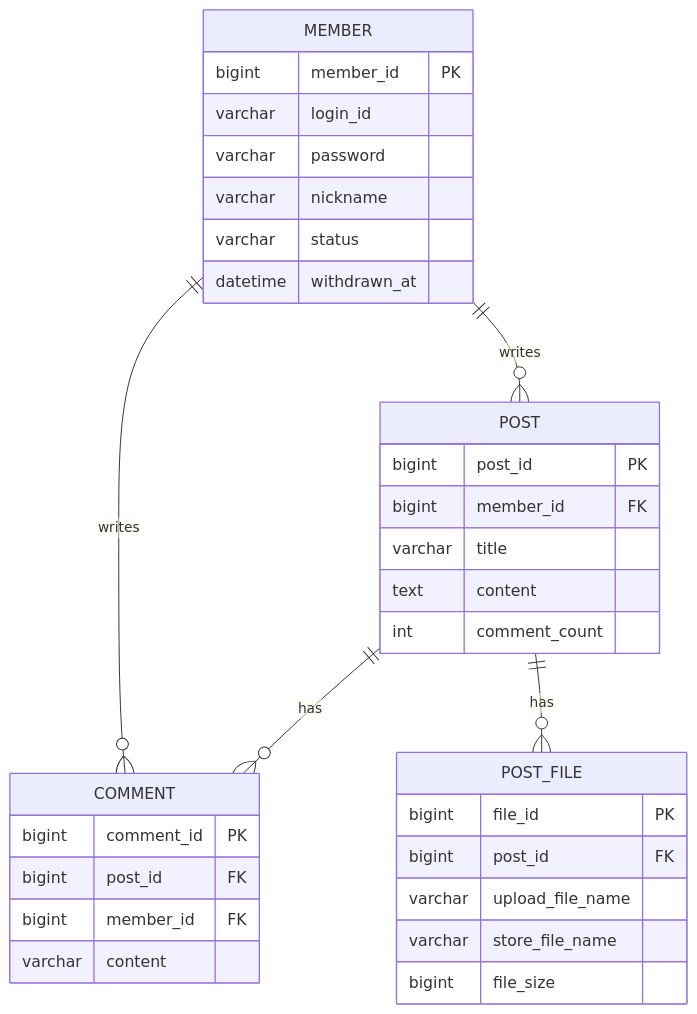
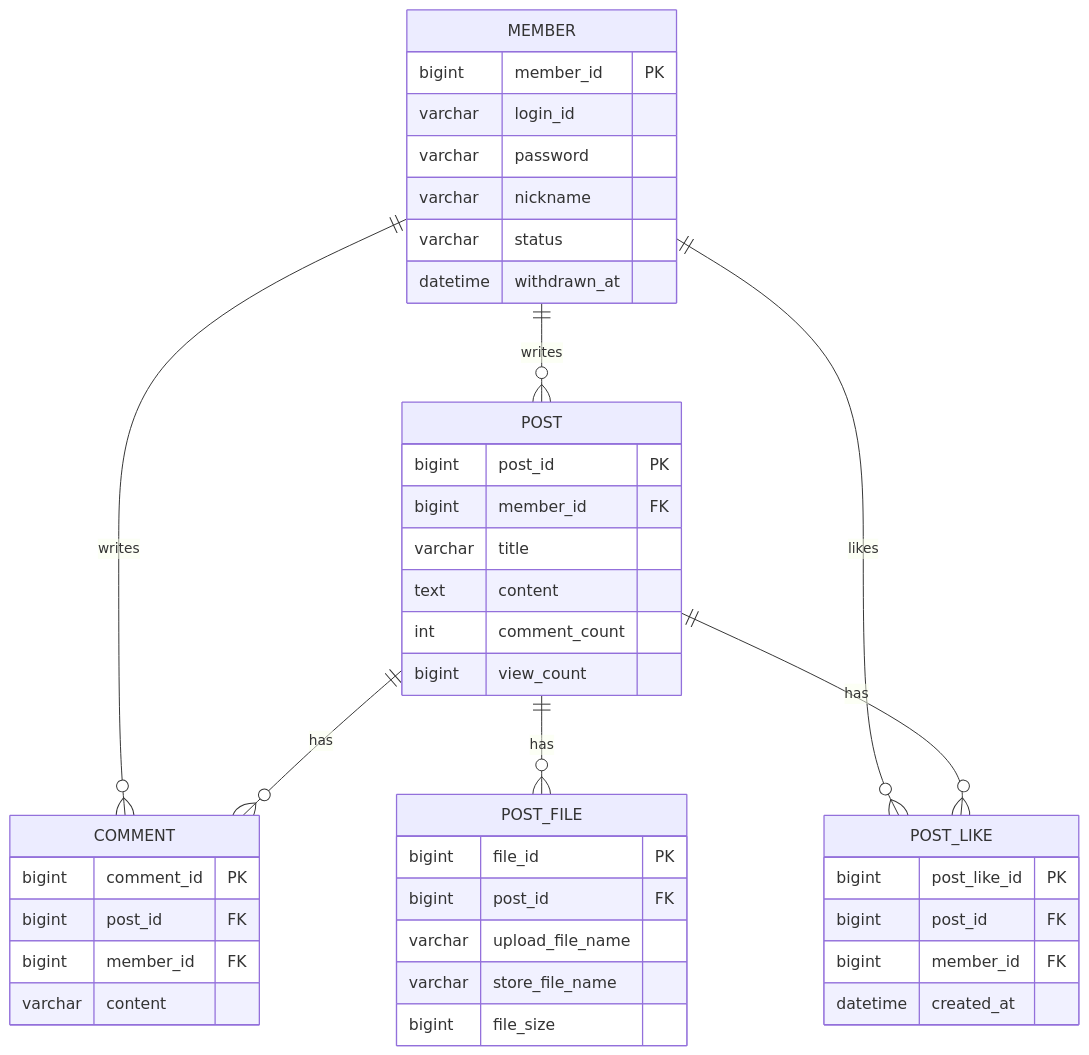
The diagram in README.md (galaxyfog0427/board), drawn with Mermaid before and after one commit. The commit also changed other lines of this file and 42 other files, not shown here.

````diff
--- a/README.md
+++ b/README.md
@@ -25,36 +28,45 @@
 ```mermaid
 erDiagram
     MEMBER ||--o{ POST : writes
     MEMBER ||--o{ COMMENT : writes
     POST ||--o{ COMMENT : has
     POST ||--o{ POST_FILE : has
+    MEMBER ||--o{ POST_LIKE : likes
+    POST ||--o{ POST_LIKE : has
 
     MEMBER {
         bigint member_id PK
         varchar login_id
         varchar password
         varchar nickname
         varchar status
         datetime withdrawn_at
     }
     POST {
         bigint post_id PK
         bigint member_id FK
         varchar title
         text content
         int comment_count
+        bigint view_count
     }
     COMMENT {
         bigint comment_id PK
         bigint post_id FK
         bigint member_id FK
         varchar content
     }
     POST_FILE {
         bigint file_id PK
         bigint post_id FK
         varchar upload_file_name
         varchar store_file_name
         bigint file_size
     }
+    POST_LIKE {
+        bigint post_like_id PK
+        bigint post_id FK
+        bigint member_id FK
+        datetime created_at
+    }
 ```
````
